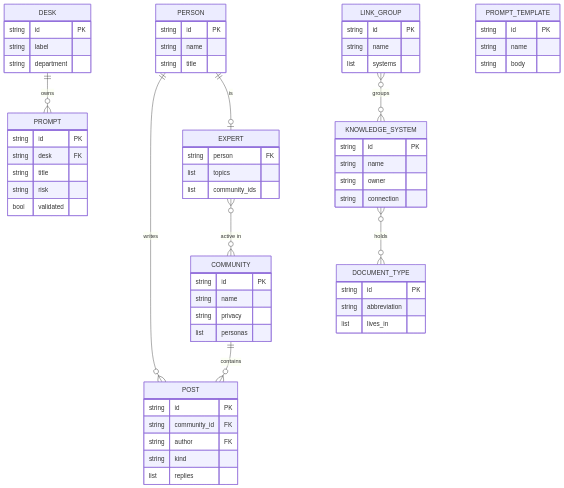
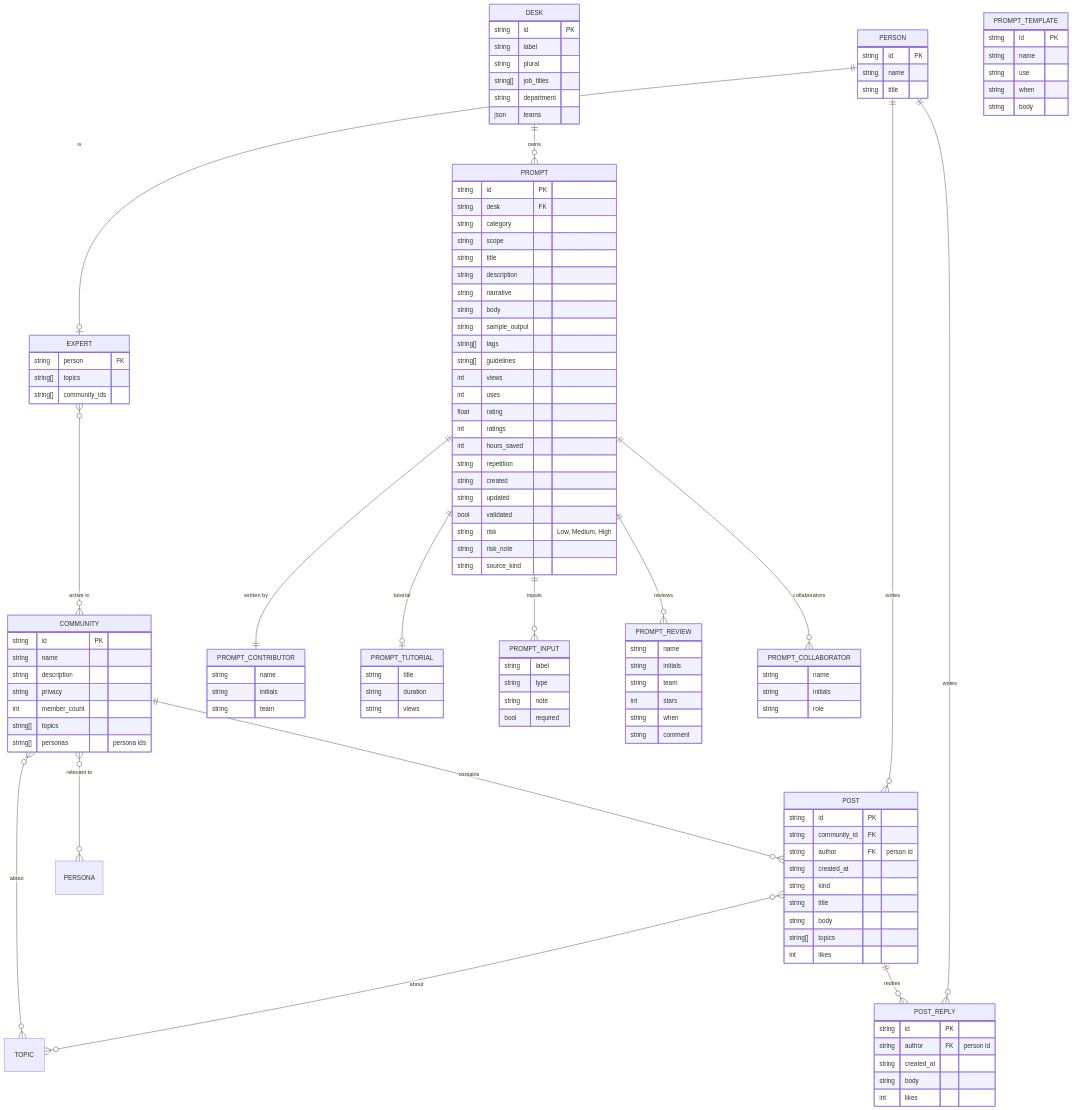
The third of 4 diagrams in docs/data-model.md (vivekprojects-GIT/CreditWiz), drawn with Mermaid before and after one commit. The commit also changed other lines of this file, not shown here.

````diff
--- a/docs/data-model.md
+++ b/docs/data-model.md
@@ -96,23 +273,45 @@
 erDiagram
   COMMUNITY ||--o{ POST : "contains"
   PERSON ||--o{ POST : "writes"
+  POST ||--o{ POST_REPLY : "replies"
+  PERSON ||--o{ POST_REPLY : "writes"
   PERSON ||--o| EXPERT : "is"
   EXPERT }o--o{ COMMUNITY : "active in"
+  COMMUNITY }o--o{ PERSONA : "relevant to"
+  COMMUNITY }o--o{ TOPIC : "about"
+  POST }o--o{ TOPIC : "about"
   DESK ||--o{ PROMPT : "owns"
-  KNOWLEDGE_SYSTEM }o--o{ DOCUMENT_TYPE : "holds"
-  LINK_GROUP }o--o{ KNOWLEDGE_SYSTEM : "groups"
+  PROMPT ||--|| PROMPT_CONTRIBUTOR : "written by"
+  PROMPT ||--o| PROMPT_TUTORIAL : "tutorial"
+  PROMPT ||--o{ PROMPT_INPUT : "inputs"
+  PROMPT ||--o{ PROMPT_REVIEW : "reviews"
+  PROMPT ||--o{ PROMPT_COLLABORATOR : "collaborators"
   COMMUNITY {
     string id PK
     string name
+    string description
     string privacy
-    list personas
+    int member_count
+    string[] topics
+    string[] personas "persona ids"
   }
   POST {
     string id PK
     string community_id FK
-    string author FK
+    string author FK "person id"
+    string created_at
     string kind
-    list replies
+    string title
+    string body
+    string[] topics
+    int likes
+  }
+  POST_REPLY {
+    string id PK
+    string author FK "person id"
+    string created_at
+    string body
+    int likes
   }
   PERSON {
     string id PK
@@ -121,40 +320,76 @@
   }
   EXPERT {
     string person FK
-    list topics
-    list community_ids
+    string[] topics
+    string[] community_ids
   }
   DESK {
     string id PK
     string label
+    string plural
+    string[] job_titles
     string department
+    json teams
   }
   PROMPT {
     string id PK
     string desk FK
+    string category
+    string scope
     string title
-    string risk
+    string description
+    string narrative
+    string body
+    string sample_output
+    string[] tags
+    string[] guidelines
+    int views
+    int uses
+    float rating
+    int ratings
+    int hours_saved
+    string repetition
+    string created
+    string updated
     bool validated
+    string risk "Low, Medium, High"
+    string risk_note
+    string source_kind
+  }
+  PROMPT_CONTRIBUTOR {
+    string name
+    string initials
+    string team
+  }
+  PROMPT_TUTORIAL {
+    string title
+    string duration
+    string views
+  }
+  PROMPT_INPUT {
+    string label
+    string type
+    string note
+    bool required
+  }
+  PROMPT_REVIEW {
+    string name
+    string initials
+    string team
+    int stars
+    string when
+    string comment
+  }
+  PROMPT_COLLABORATOR {
+    string name
+    string initials
+    string role
   }
   PROMPT_TEMPLATE {
     string id PK
     string name
+    string use
+    string when
     string body
   }
-  KNOWLEDGE_SYSTEM {
-    string id PK
-    string name
-    string owner
-    string connection
-  }
-  DOCUMENT_TYPE {
-    string id PK
-    string abbreviation
-    list lives_in
-  }
-  LINK_GROUP {
-    string id PK
-    string name
-    list systems
-  }
 ```
````
